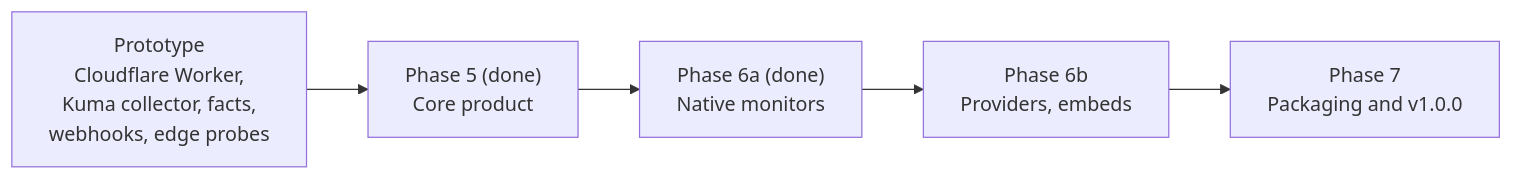
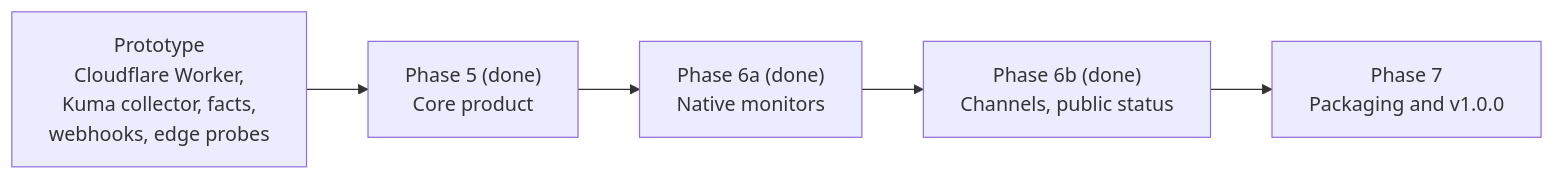
The diagram in docs/roadmap.md (bts-io/uptellis), drawn with Mermaid before and after one commit. The commit also changed other lines of this file and 1 other file, not shown here.

Commit message:
docs: channels and public status in the readme and roadmap

````diff
--- a/docs/roadmap.md
+++ b/docs/roadmap.md
@@ -7,7 +7,7 @@
 ```mermaid
 flowchart LR
   now["Prototype<br/>Cloudflare Worker,<br/>Kuma collector, facts,<br/>webhooks, edge probes"] --> p5["Phase 5 (done)<br/>Core product"]
   p5 --> p6a["Phase 6a (done)<br/>Native monitors"]
-  p6a --> p6b["Phase 6b<br/>Providers, embeds"]
+  p6a --> p6b["Phase 6b (done)<br/>Channels, public status"]
   p6b --> p7["Phase 7<br/>Packaging and v1.0.0"]
 ```
````
